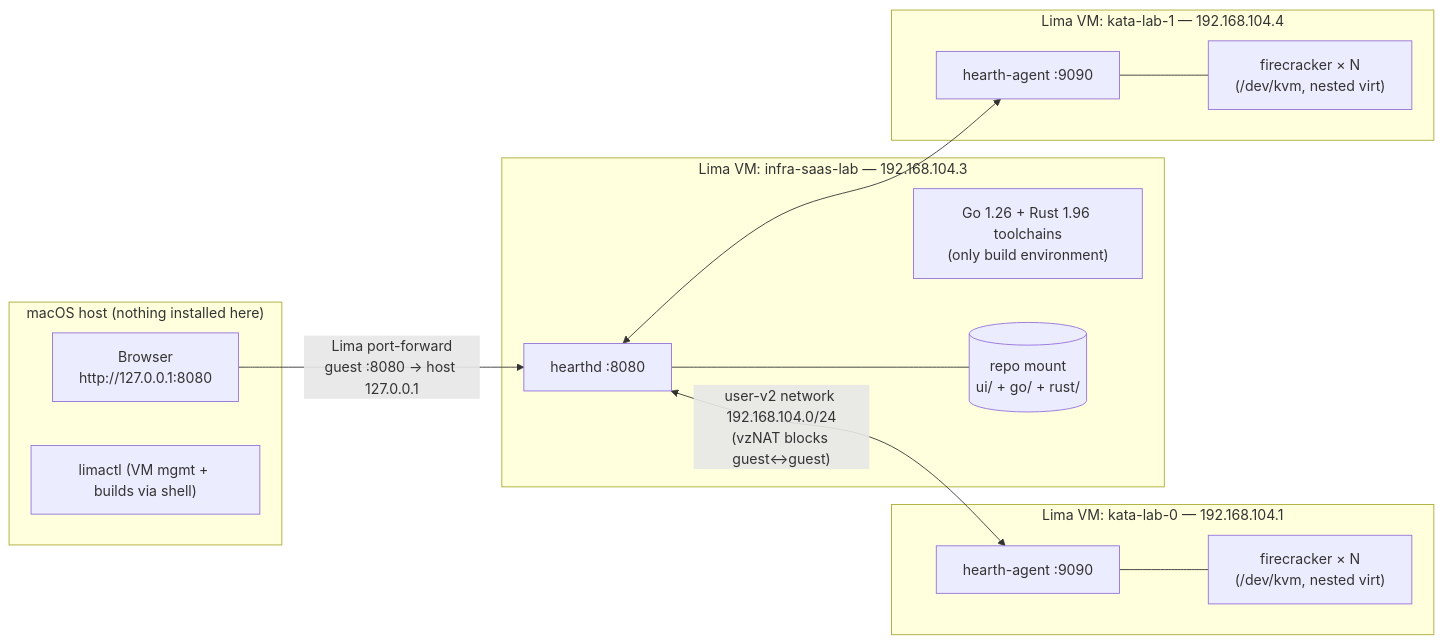
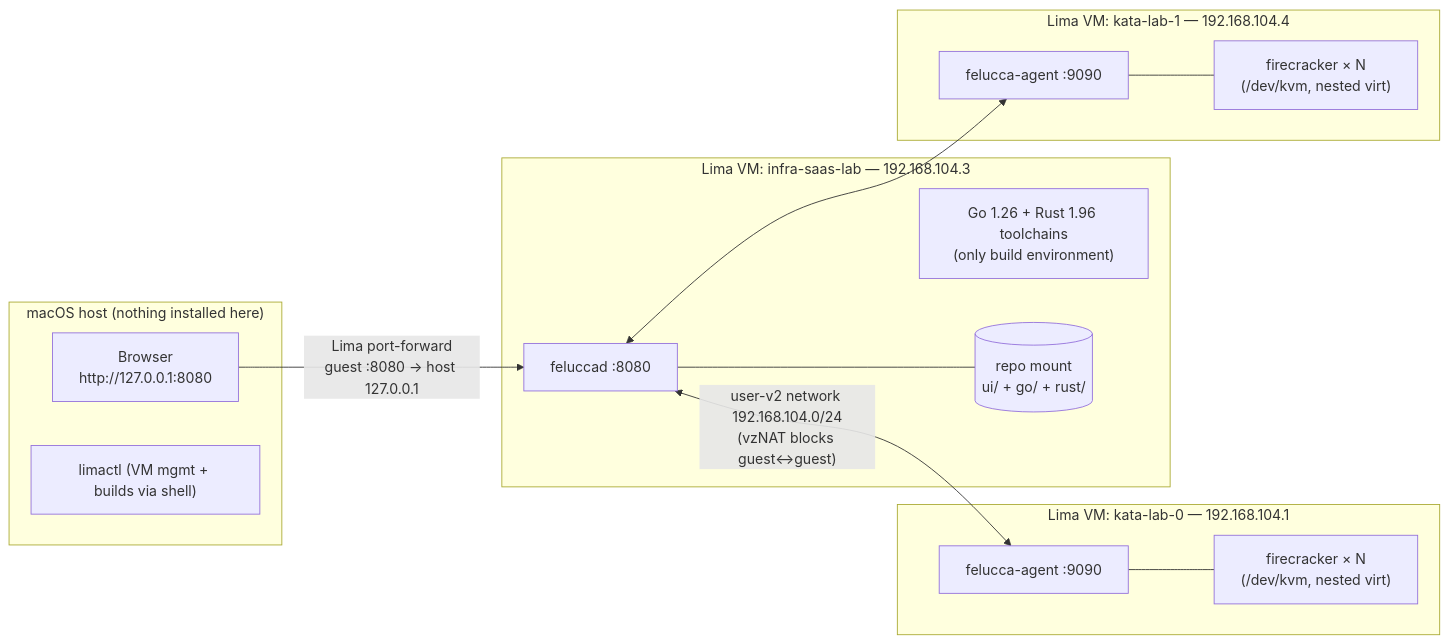
Before and after one commit to Sodoko-dev/felucca: the third of 11 diagrams in docs/ARCHITECTURE.md, drawn with Mermaid. The commit also changed other lines of this file and 192 other files, not shown here.

````diff
--- a/docs/ARCHITECTURE.md
+++ b/docs/ARCHITECTURE.md
@@ -151,30 +151,30 @@
 ```mermaid
 flowchart LR
     subgraph mac["macOS host (nothing installed here)"]
         BROWSER["Browser<br/>http://127.0.0.1:8080"]
         LIMACTL["limactl (VM mgmt + builds via shell)"]
     end
 
     subgraph lab["Lima VM: infra-saas-lab — 192.168.104.3"]
-        HD["hearthd :8080"]
+        HD["feluccad :8080"]
         ZIG["Go 1.26 + Rust 1.96 toolchains<br/>(only build environment)"]
         UIDIR[("repo mount<br/>ui/ + go/ + rust/")]
     end
 
     subgraph k0["Lima VM: kata-lab-0 — 192.168.104.1"]
-        A0["hearth-agent :9090"]
+        A0["felucca-agent :9090"]
         F0["firecracker × N<br/>(/dev/kvm, nested virt)"]
     end
 
     subgraph k1["Lima VM: kata-lab-1 — 192.168.104.4"]
-        A1["hearth-agent :9090"]
+        A1["felucca-agent :9090"]
         F1["firecracker × N<br/>(/dev/kvm, nested virt)"]
     end
 
     BROWSER -->|"Lima port-forward<br/>guest :8080 → host 127.0.0.1"| HD
     HD <-->|"user-v2 network 192.168.104.0/24<br/>(vzNAT blocks guest↔guest)"| A0
     HD <--> A1
     A0 --- F0
     A1 --- F1
     HD --- UIDIR
 ```
````
